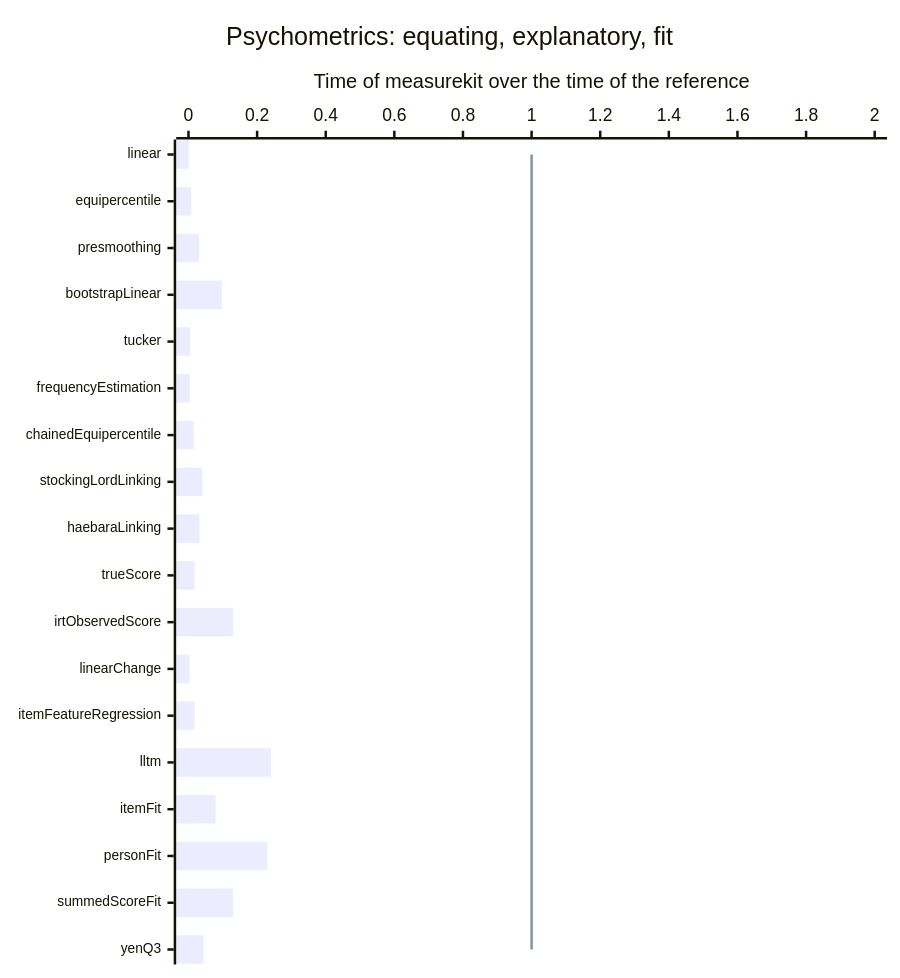
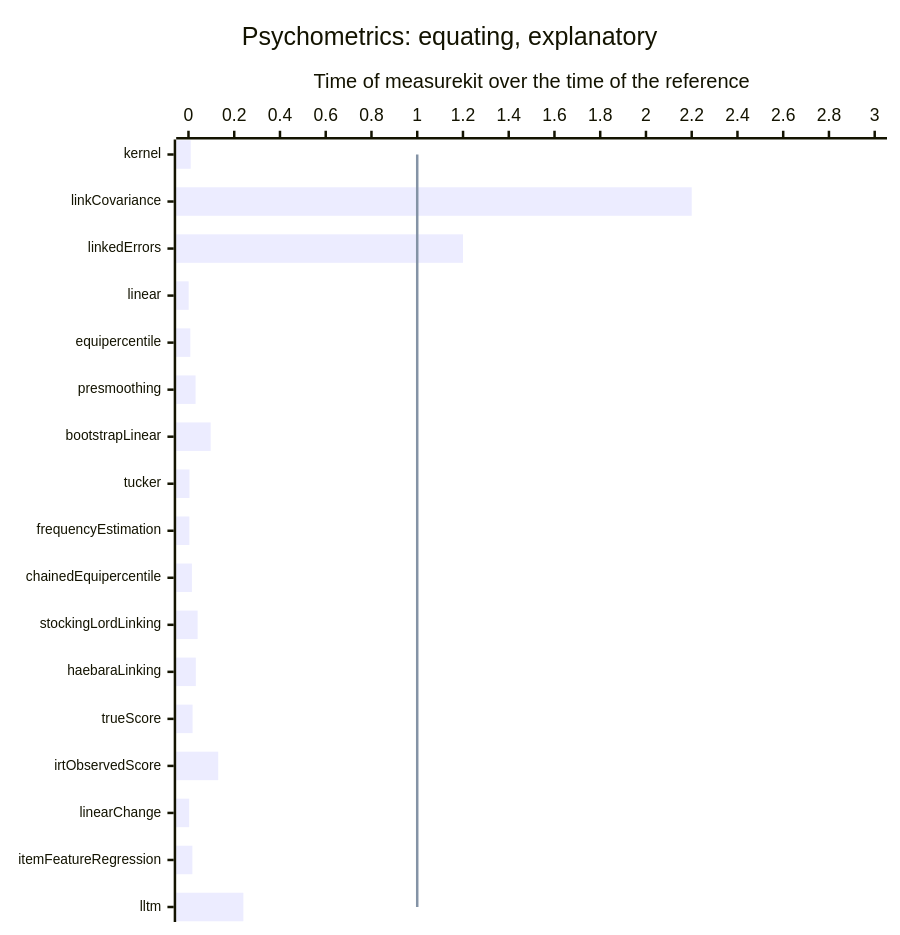
One commit to measurekit/measurekit changed the sixth of 13 diagrams in docs/performance.md. Above: the diagram before and after it, drawn with Mermaid. The commit also changed other lines of this file and 4 other files, not shown here.

````diff
--- a/docs/performance.md
+++ b/docs/performance.md
@@ -63,9 +63,9 @@
 ```mermaid
-%%{init: {"xyChart": {"height": 762, "xAxis": {"labelFontSize": 11}}}}%%
+%%{init: {"xyChart": {"height": 728, "xAxis": {"labelFontSize": 11}}}}%%
 xychart-beta horizontal
-  title "Psychometrics: equating, explanatory, fit"
-  x-axis ["linear", "equipercentile", "presmoothing", "bootstrapLinear", "tucker", "frequencyEstimation", "chainedEquipercentile", "stockingLordLinking", "haebaraLinking", "trueScore", "irtObservedScore", "linearChange", "itemFeatureRegression", "lltm", "itemFit", "personFit", "summedScoreFit", "yenQ3"]
-  y-axis "Time of measurekit over the time of the reference" 0 --> 2
-  bar [0.00083, 0.008, 0.031, 0.097, 0.0044, 0.0039, 0.015, 0.04, 0.032, 0.018, 0.13, 0.0031, 0.017, 0.24, 0.079, 0.23, 0.13, 0.044]
-  line [1, 1, 1, 1, 1, 1, 1, 1, 1, 1, 1, 1, 1, 1, 1, 1, 1, 1]
+  title "Psychometrics: equating, explanatory"
+  x-axis ["kernel", "linkCovariance", "linkedErrors", "linear", "equipercentile", "presmoothing", "bootstrapLinear", "tucker", "frequencyEstimation", "chainedEquipercentile", "stockingLordLinking", "haebaraLinking", "trueScore", "irtObservedScore", "linearChange", "itemFeatureRegression", "lltm"]
+  y-axis "Time of measurekit over the time of the reference" 0 --> 3
+  bar [0.0098, 2.2, 1.2, 0.00083, 0.008, 0.031, 0.097, 0.0044, 0.0039, 0.015, 0.04, 0.032, 0.018, 0.13, 0.0031, 0.017, 0.24]
+  line [1, 1, 1, 1, 1, 1, 1, 1, 1, 1, 1, 1, 1, 1, 1, 1, 1]
 ```
````
